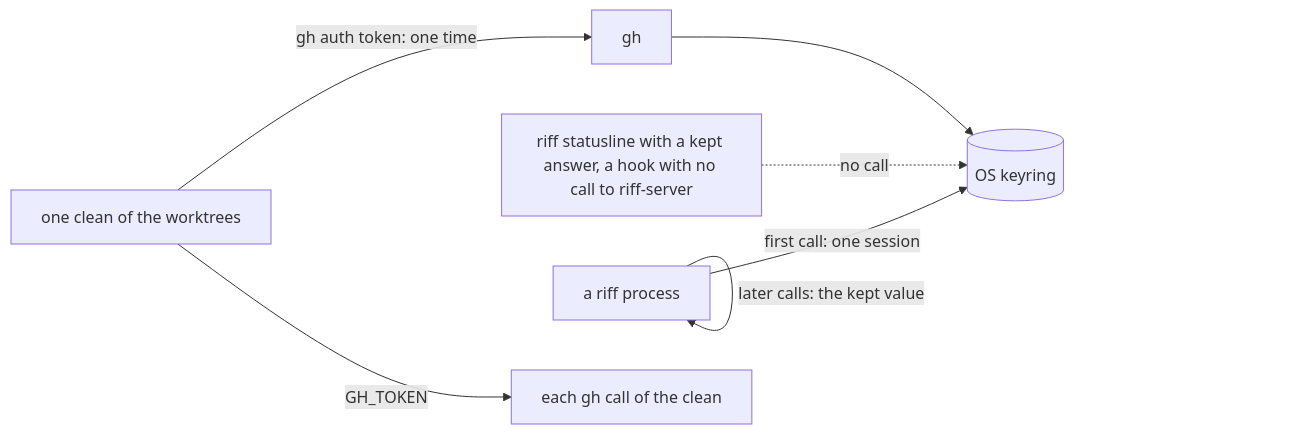
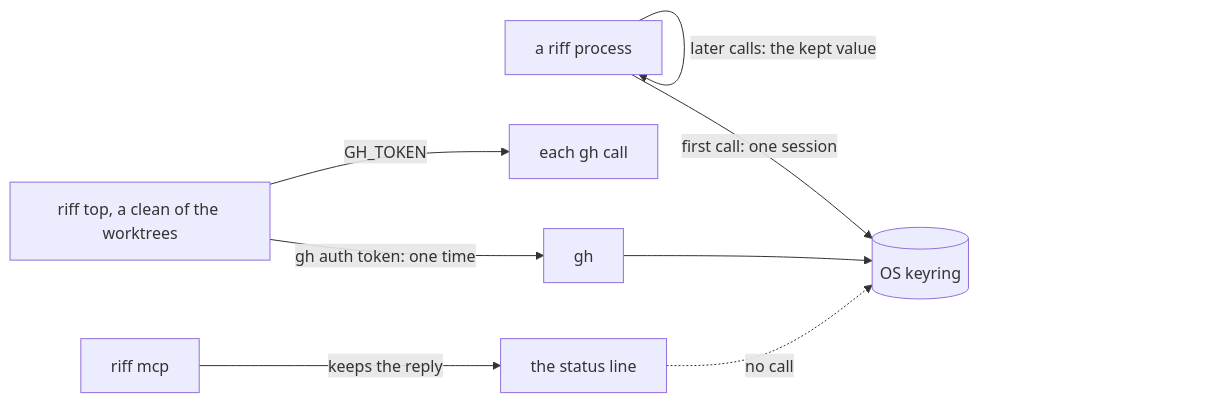
Before and after one commit to como-technologies/riff: diagram 20 of 31 in docs/src/development.md, drawn with Mermaid. The commit also changed other lines of this file and 2 other files, not shown here.

Commit message:
WIP: the books and the fake gh of top_fault

````diff
--- a/docs/src/development.md
+++ b/docs/src/development.md
@@ -2238,9 +2238,10 @@
 ```mermaid
 flowchart LR
     P[a riff process] -->|first call: one session| K[(OS keyring)]
     P -->|later calls: the kept value| P
-    S[riff statusline with a kept answer, a hook with no call to riff-server] -.->|no call| K
-    C[one clean of the worktrees] -->|gh auth token: one time| G[gh]
+    M[riff mcp] -->|keeps the reply| L[the status line]
+    L -.->|no call| K
+    C[riff top, a clean of the worktrees] -->|gh auth token: one time| G[gh]
     G --> K
-    C -->|GH_TOKEN| V[each gh call of the clean]
+    C -->|GH_TOKEN| V[each gh call]
 ```
````
